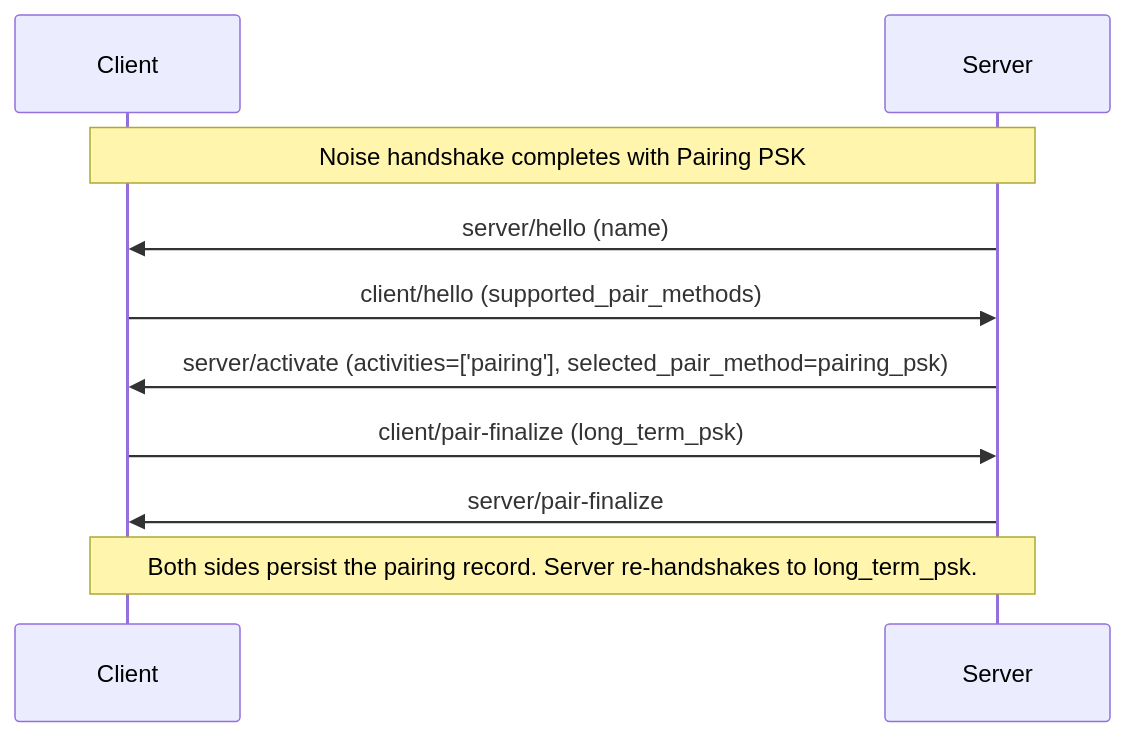
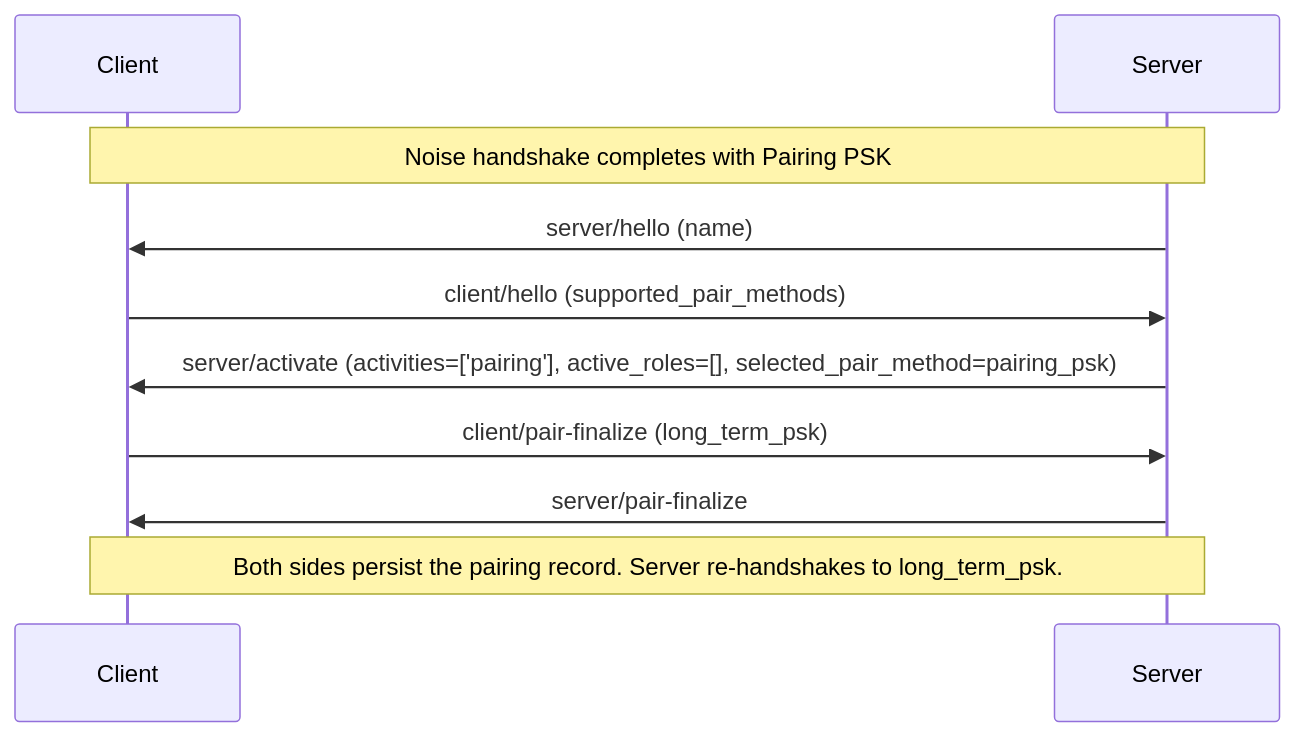
The second of 4 diagrams in README.md (Resonate-Protocol/spec), drawn with Mermaid before and after one commit. The commit also changed other lines of this file, not shown here.

````diff
--- a/README.md
+++ b/README.md
@@ -664,14 +674,14 @@
 ```mermaid
 sequenceDiagram
     participant Client
     participant Server
 
     Note over Client,Server: Noise handshake completes with Pairing PSK
 
     Server->>Client: server/hello (name)
     Client->>Server: client/hello (supported_pair_methods)
-    Server->>Client: server/activate (activities=['pairing'], selected_pair_method=pairing_psk)
+    Server->>Client: server/activate (activities=['pairing'], active_roles=[], selected_pair_method=pairing_psk)
     Client->>Server: client/pair-finalize (long_term_psk)
     Server->>Client: server/pair-finalize
     Note over Client,Server: Both sides persist the pairing record. Server re-handshakes to long_term_psk.
 ```
````
